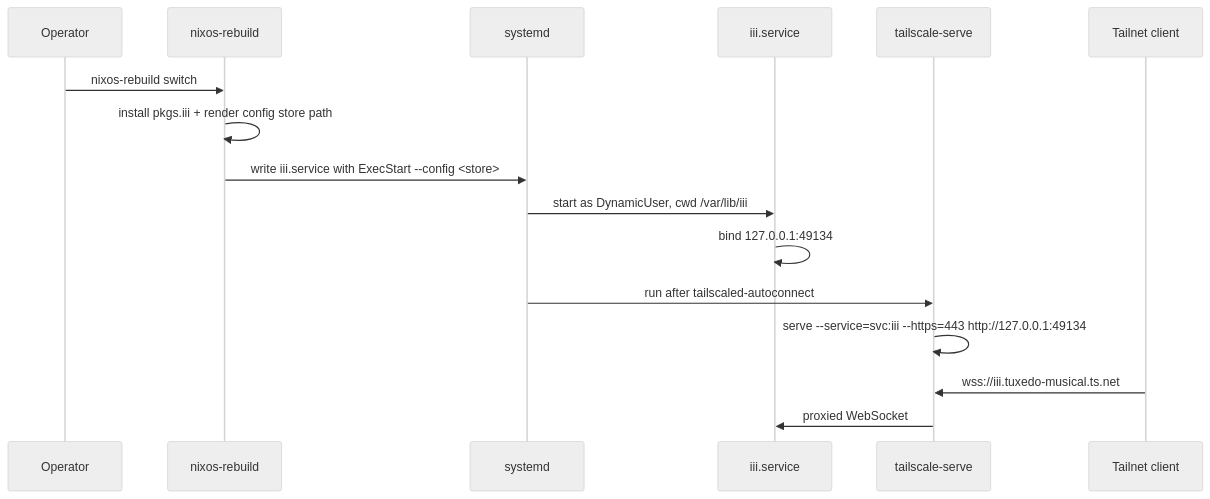
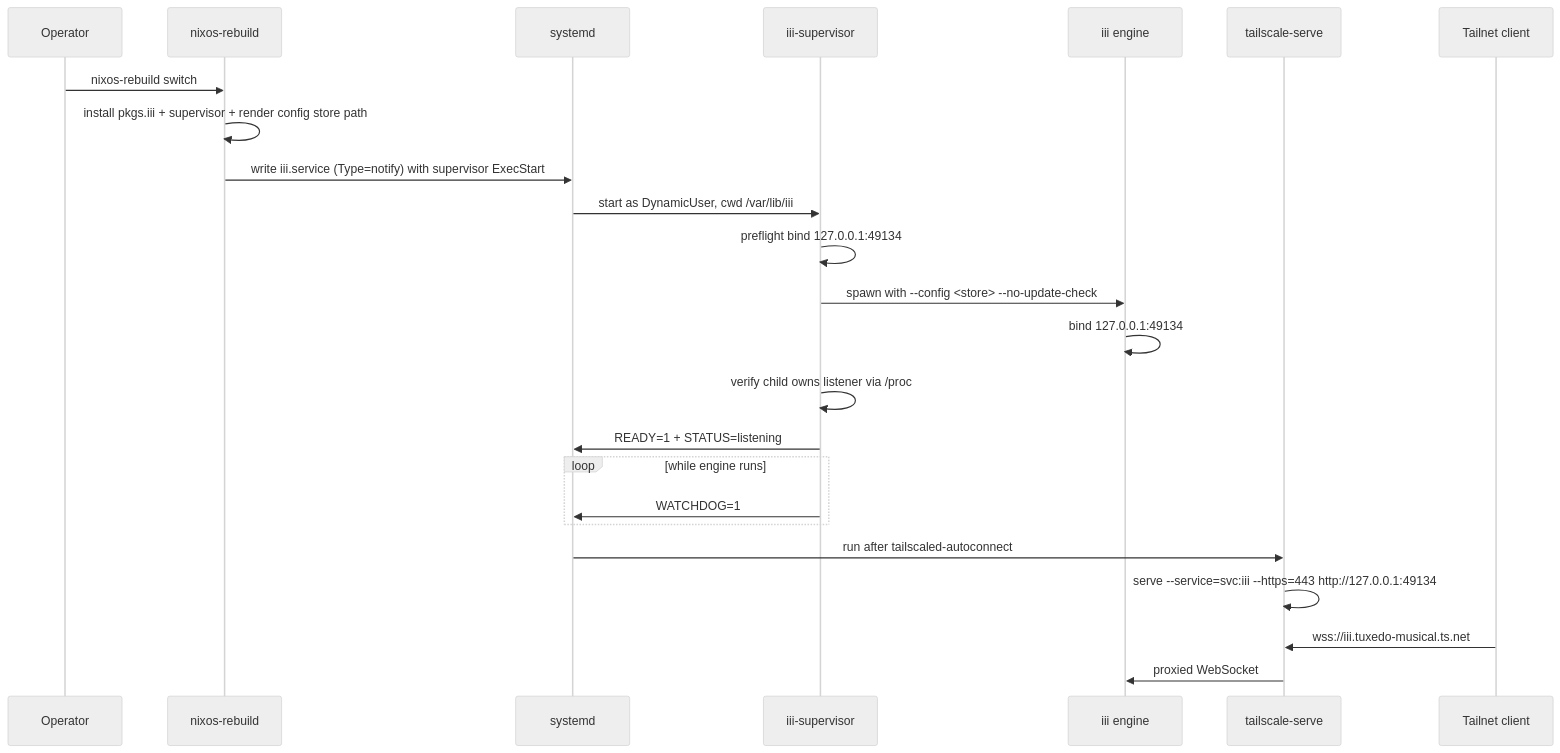
Before and after one commit to DWSR/nix-config: the second of 4 diagrams in .kiro/specs/iii-engine-on-the-fabro-host/design.md, drawn with Mermaid (neutral theme). The commit also changed other lines of this file and 4 other files, not shown here.

First line of the commit message:
docs(iii-engine-on-the-fabro-host): plan the readiness-gated supervisor

````diff
--- a/.kiro/specs/iii-engine-on-the-fabro-host/design.md
+++ b/.kiro/specs/iii-engine-on-the-fabro-host/design.md
@@ -171,19 +196,27 @@
 ```mermaid
 sequenceDiagram
   participant Op as Operator
   participant Nix as nixos-rebuild
   participant SD as systemd
-  participant Engine as iii.service
+  participant Sup as iii-supervisor
+  participant Engine as iii engine
   participant TS as tailscale-serve
   participant Client as Tailnet client
 
   Op->>Nix: nixos-rebuild switch
-  Nix->>Nix: install pkgs.iii + render config store path
-  Nix->>SD: write iii.service with ExecStart --config <store>
-  SD->>Engine: start as DynamicUser, cwd /var/lib/iii
+  Nix->>Nix: install pkgs.iii + supervisor + render config store path
+  Nix->>SD: write iii.service (Type=notify) with supervisor ExecStart
+  SD->>Sup: start as DynamicUser, cwd /var/lib/iii
+  Sup->>Sup: preflight bind 127.0.0.1:49134
+  Sup->>Engine: spawn with --config <store> --no-update-check
   Engine->>Engine: bind 127.0.0.1:49134
+  Sup->>Sup: verify child owns listener via /proc
+  Sup->>SD: READY=1 + STATUS=listening
+  loop while engine runs
+    Sup->>SD: WATCHDOG=1
+  end
   SD->>TS: run after tailscaled-autoconnect
   TS->>TS: serve --service=svc:iii --https=443 http://127.0.0.1:49134
   Client->>TS: wss://iii.tuxedo-musical.ts.net
   TS->>Engine: proxied WebSocket
 ```
````
